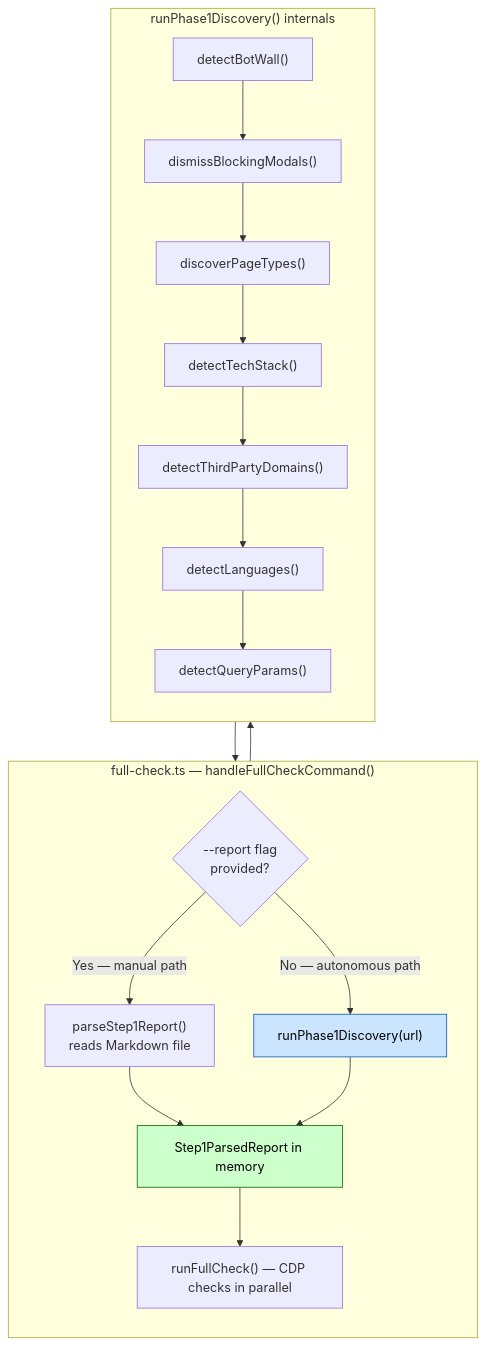
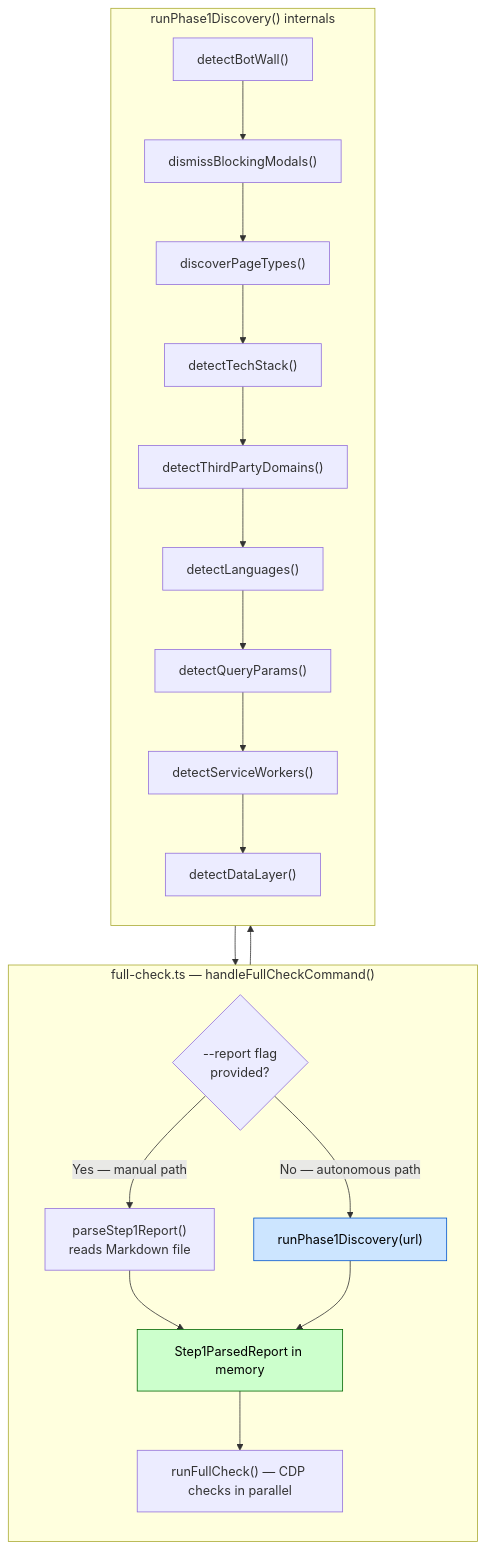
Before and after one commit to BugGreen/ai-prevetting: the second of 2 diagrams in docs/discover-phase1/09-runPhase1Discovery.md, drawn with Mermaid. The commit also changed other lines of this file and 9 other files, not shown here.

First line of the commit message:
feat(phase1): add service worker and data layer detection via CDP

````diff
--- a/docs/discover-phase1/09-runPhase1Discovery.md
+++ b/docs/discover-phase1/09-runPhase1Discovery.md
@@ -78,30 +86,32 @@
 ```mermaid
 flowchart TD
     subgraph FULLCHECK["full-check.ts — handleFullCheckCommand()"]
         direction TB
         F1{"--report flag\nprovided?"}
         F1 -->|"Yes — manual path"| F2["parseStep1Report()\nreads Markdown file"]
         F1 -->|"No — autonomous path"| F3["runPhase1Discovery(url)"]
         F2 --> F4["Step1ParsedReport in memory"]
         F3 --> F4
         F4 --> F5["runFullCheck() — CDP checks in parallel"]
     end
 
     subgraph PHASE1["runPhase1Discovery() internals"]
         direction TB
         P1["detectBotWall()"]
         P2["dismissBlockingModals()"]
         P3["discoverPageTypes()"]
         P4["detectTechStack()"]
         P5["detectThirdPartyDomains()"]
         P6["detectLanguages()"]
         P7["detectQueryParams()"]
-        P1 --> P2 --> P3 --> P4 --> P5 --> P6 --> P7
+        P8["detectServiceWorkers()"]
+        P9["detectDataLayer()"]
+        P1 --> P2 --> P3 --> P4 --> P5 --> P6 --> P7 --> P8 --> P9
     end
 
     F3 --> P1
-    P7 --> F4
+    P9 --> F4
 
     style F4 fill:#ccffcc,stroke:#006600,color:#000
     style F3 fill:#cce5ff,stroke:#0055cc,color:#000
 ```
````
